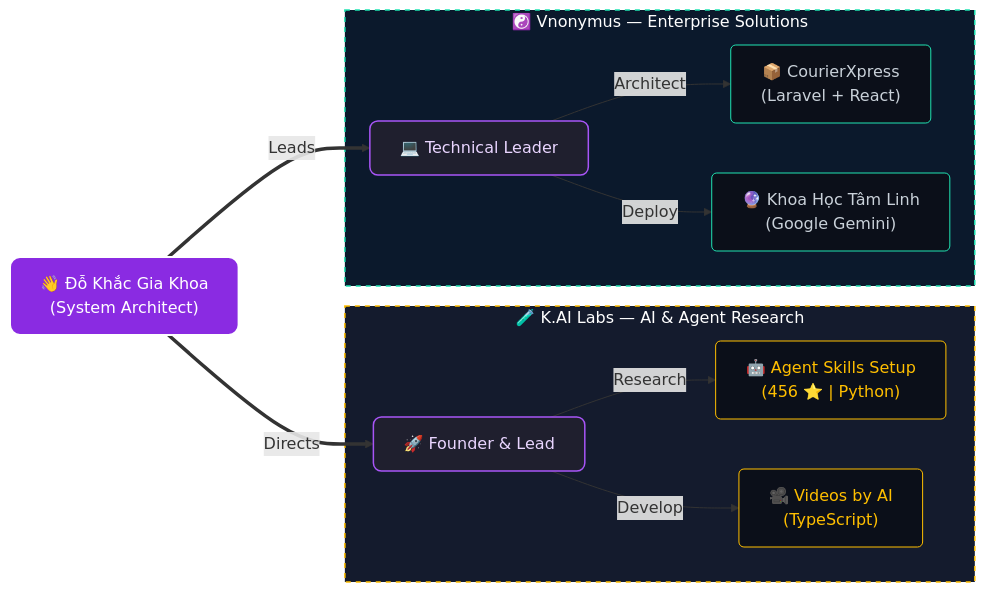
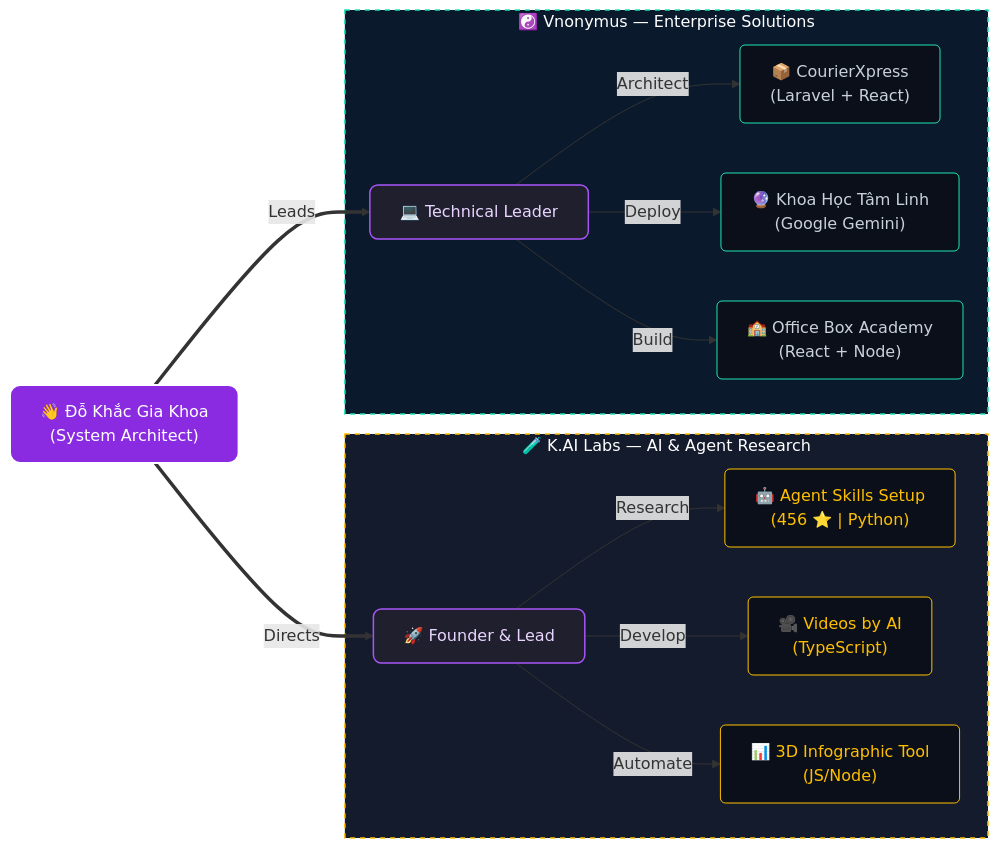
Before and after one commit to Dokhacgiakhoa/dokhacgiakhoa: the diagram in README.md, drawn with Mermaid. The commit also changed other lines of this file, not shown here.

````diff
--- a/README.md
+++ b/README.md
@@ -73,33 +73,37 @@
 ```mermaid
 graph LR
     %% Khai báo Style cho các Node
     classDef core fill:#8a2be2,stroke:#fff,stroke-width:2px,color:#fff,rx:10px,ry:10px;
     classDef branch fill:#1f1f2e,stroke:#a855f7,stroke-width:1.5px,color:#e9d5ff,rx:8px,ry:8px;
     classDef project fill:#0b0f19,stroke:#20E3B2,stroke-width:1px,color:#c9d1d9,rx:5px,ry:5px;
     classDef ai fill:#0b0f19,stroke:#ffbf00,stroke-width:1px,color:#ffbf00,rx:5px,ry:5px;
 
     %% Định nghĩa các Node chính
     Me["👋 Đỗ Khắc Gia Khoa<br/>(System Architect)"]:::core
 
     subgraph AI_Hub ["🧪 K.AI Labs — AI & Agent Research"]
         style AI_Hub fill:#141b2d,stroke:#ffbf00,stroke-width:1.5px,stroke-dasharray: 5 5,color:#fff
         KAILabs["🚀 Founder & Lead"]:::branch
         ASA["🤖 Agent Skills Setup<br/>(456 ⭐ | Python)"]:::ai
         VAI["🎥 Videos by AI<br/>(TypeScript)"]:::ai
+        GP3D["📊 3D Infographic Tool<br/>(JS/Node)"]:::ai
         KAILabs -->|Research| ASA
         KAILabs -->|Develop| VAI
+        KAILabs -->|Automate| GP3D
     end
 
     subgraph Web_Hub ["☯️ Vnonymus — Enterprise Solutions"]
         style Web_Hub fill:#0b192c,stroke:#20E3B2,stroke-width:1.5px,stroke-dasharray: 5 5,color:#fff
         Vnonymus["💻 Technical Leader"]:::branch
         CX["📦 CourierXpress<br/>(Laravel + React)"]:::project
         KHTL["🔮 Khoa Học Tâm Linh<br/>(Google Gemini)"]:::project
+        OBA["🏫 Office Box Academy<br/>(React + Node)"]:::project
         Vnonymus -->|Architect| CX
         Vnonymus -->|Deploy| KHTL
+        Vnonymus -->|Build| OBA
     end
 
     %% Kết nối từ Core
     Me ==>|Directs| KAILabs
     Me ==>|Leads| Vnonymus
 ```
````
